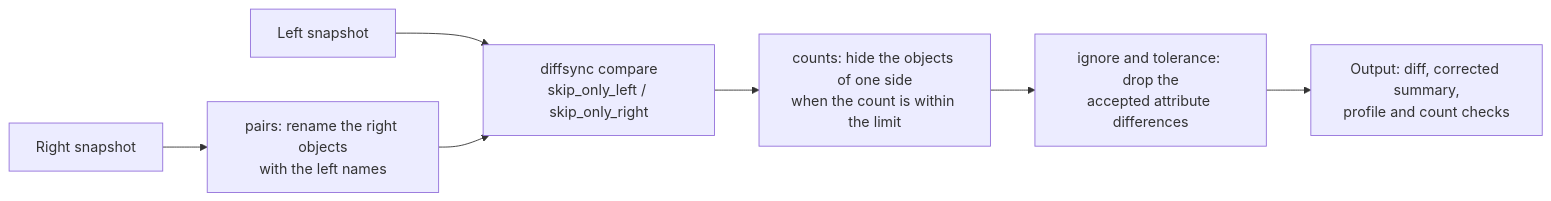
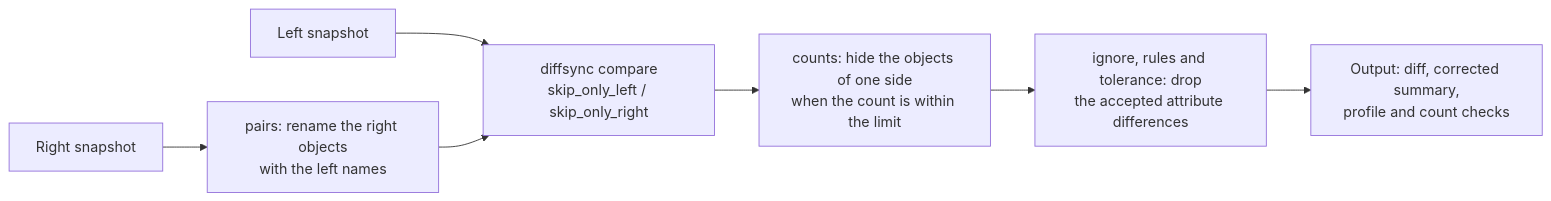
Before and after one commit to antoinekh/snapdelta: the diagram in docs/profiles.md, drawn with Mermaid. The commit also changed other lines of this file and 11 other files, not shown here.

````diff
--- a/docs/profiles.md
+++ b/docs/profiles.md
@@ -58,9 +60,9 @@
 ```mermaid
 flowchart LR
     L[Left snapshot] --> D
     R[Right snapshot] --> P["pairs: rename the right objects<br/>with the left names"]
     P --> D["diffsync compare<br/>skip_only_left / skip_only_right"]
     D --> C["counts: hide the objects of one side<br/>when the count is within the limit"]
-    C --> I["ignore and tolerance: drop the<br/>accepted attribute differences"]
+    C --> I["ignore, rules and tolerance: drop<br/>the accepted attribute differences"]
     I --> O["Output: diff, corrected summary,<br/>profile and count checks"]
 ```
````
